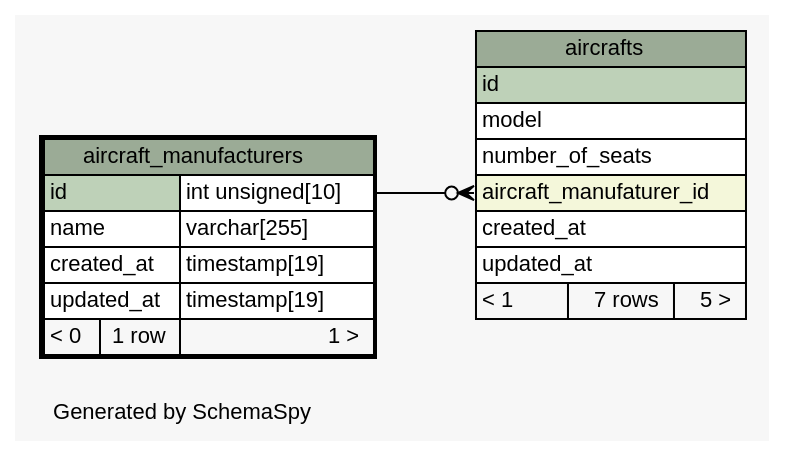
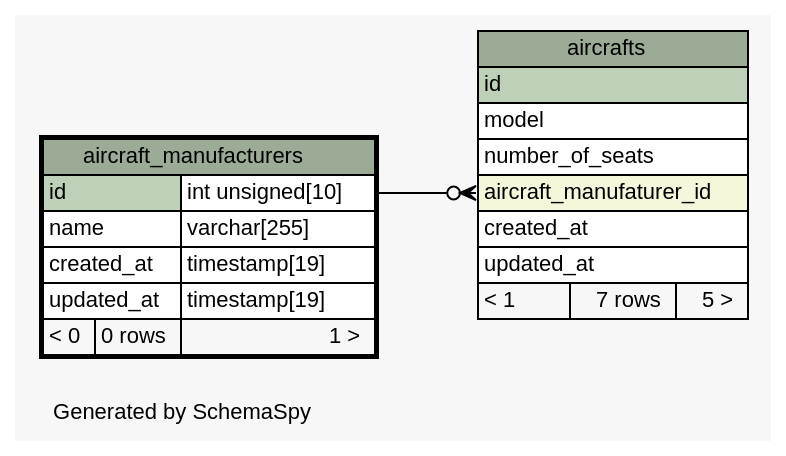
The diagram in web/app/database/schema/diagrams/aircraft_manufacturers.1degree.dot (joaonzangoII/flightbookingsystem), drawn with Graphviz before and after one commit. The commit also changed 441 other files, not shown here.

```diff
--- a/web/app/database/schema/diagrams/aircraft_manufacturers.1degree.dot
+++ b/web/app/database/schema/diagrams/aircraft_manufacturers.1degree.dot
@@ -1,51 +1,51 @@
-// dot 2.38.0 on Linux 4.8.0-49-generic
+// dot 2.38.0 on Linux 4.10.0-21-generic
 // SchemaSpy rev 590
 digraph "oneDegreeRelationshipsDiagram" {
   graph [
     rankdir="RL"
     bgcolor="#f7f7f7"
     label="\nGenerated by SchemaSpy"
     labeljust="l"
     nodesep="0.18"
     ranksep="0.46"
     fontname="Helvetica"
     fontsize="11"
   ];
   node [
     fontname="Helvetica"
     fontsize="11"
     shape="plaintext"
   ];
   edge [
     arrowsize="0.8"
   ];
   "aircrafts":"aircraft_manufaturer_id":w -> "aircraft_manufacturers":"id.type":e [arrowhead=none dir=back arrowtail=crowodot];
   "aircraft_manufacturers" [
     label=<
     <TABLE BORDER="2" CELLBORDER="1" CELLSPACING="0" BGCOLOR="#ffffff">
       <TR><TD COLSPAN="3" BGCOLOR="#9bab96" ALIGN="CENTER">aircraft_manufacturers</TD></TR>
       <TR><TD PORT="id" COLSPAN="2" BGCOLOR="#bed1b8" ALIGN="LEFT">id</TD><TD PORT="id.type" ALIGN="LEFT">int unsigned[10]</TD></TR>
       <TR><TD PORT="name" COLSPAN="2" ALIGN="LEFT">name</TD><TD PORT="name.type" ALIGN="LEFT">varchar[255]</TD></TR>
       <TR><TD PORT="created_at" COLSPAN="2" ALIGN="LEFT">created_at</TD><TD PORT="created_at.type" ALIGN="LEFT">timestamp[19]</TD></TR>
       <TR><TD PORT="updated_at" COLSPAN="2" ALIGN="LEFT">updated_at</TD><TD PORT="updated_at.type" ALIGN="LEFT">timestamp[19]</TD></TR>
-      <TR><TD ALIGN="LEFT" BGCOLOR="#f7f7f7">&lt; 0</TD><TD ALIGN="RIGHT" BGCOLOR="#f7f7f7">1 row</TD><TD ALIGN="RIGHT" BGCOLOR="#f7f7f7">1 &gt;</TD></TR>
+      <TR><TD ALIGN="LEFT" BGCOLOR="#f7f7f7">&lt; 0</TD><TD ALIGN="RIGHT" BGCOLOR="#f7f7f7">0 rows</TD><TD ALIGN="RIGHT" BGCOLOR="#f7f7f7">1 &gt;</TD></TR>
     </TABLE>>
     URL="aircraft_manufacturers.html"
     tooltip="aircraft_manufacturers"
   ];
   "aircrafts" [
     label=<
     <TABLE BORDER="0" CELLBORDER="1" CELLSPACING="0" BGCOLOR="#ffffff">
       <TR><TD COLSPAN="3" BGCOLOR="#9bab96" ALIGN="CENTER">aircrafts</TD></TR>
       <TR><TD PORT="id" COLSPAN="3" BGCOLOR="#bed1b8" ALIGN="LEFT">id</TD></TR>
       <TR><TD PORT="model" COLSPAN="3" ALIGN="LEFT">model</TD></TR>
       <TR><TD PORT="number_of_seats" COLSPAN="3" ALIGN="LEFT">number_of_seats</TD></TR>
       <TR><TD PORT="aircraft_manufaturer_id" COLSPAN="3" BGCOLOR="#f4f7da" ALIGN="LEFT">aircraft_manufaturer_id</TD></TR>
       <TR><TD PORT="created_at" COLSPAN="3" ALIGN="LEFT">created_at</TD></TR>
       <TR><TD PORT="updated_at" COLSPAN="3" ALIGN="LEFT">updated_at</TD></TR>
       <TR><TD ALIGN="LEFT" BGCOLOR="#f7f7f7">&lt; 1</TD><TD ALIGN="RIGHT" BGCOLOR="#f7f7f7">7 rows</TD><TD ALIGN="RIGHT" BGCOLOR="#f7f7f7">5 &gt;</TD></TR>
     </TABLE>>
     URL="aircrafts.html"
     tooltip="aircrafts"
   ];
 }
```
